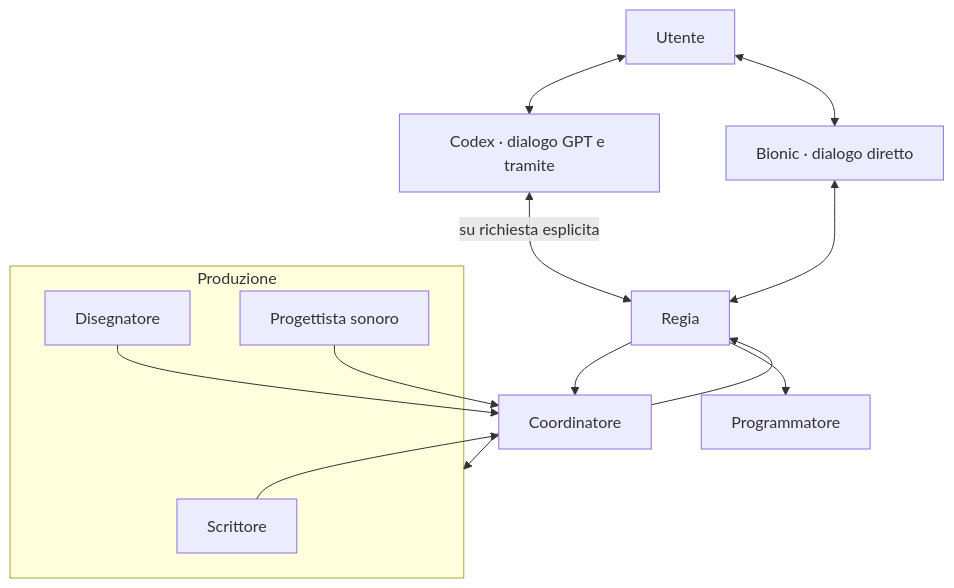
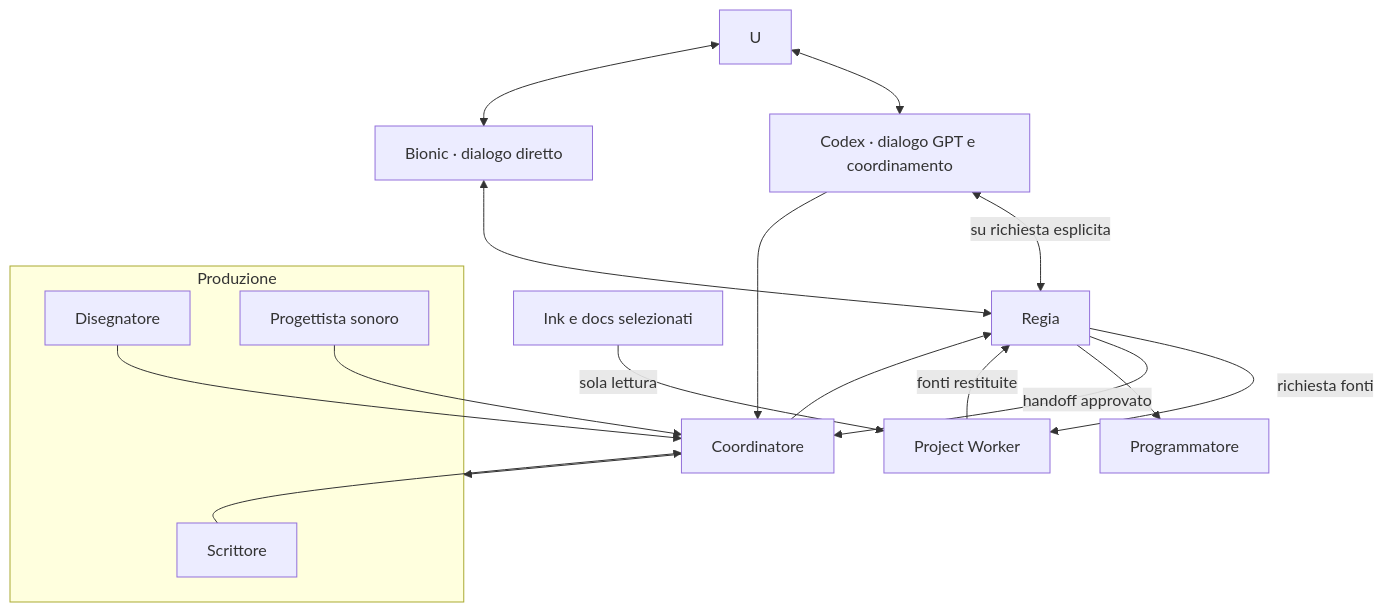
One commit to DRincs-Productions/LM-Studio changed the first of 10 diagrams in README.md. Above: the diagram before and after it, drawn with Mermaid. The commit also changed other lines of this file and 10 other files, not shown here.

````diff
--- a/README.md
+++ b/README.md
@@ -15,19 +15,23 @@
 ```mermaid
 flowchart TD
-    U[Utente] <--> X[Codex · dialogo GPT e tramite]
+    U <--> X[Codex · dialogo GPT e coordinamento]
     U <--> B[Bionic · dialogo diretto]
     X <-->|su richiesta esplicita| R[Regia]
     B <--> R
-    R --> C[Coordinatore]
+    R -->|richiesta fonti| PW[Project Worker]
+    F[Ink e docs selezionati] -->|sola lettura| PW
+    PW -->|fonti restituite| R
+    X --> C[Coordinatore]
+    R -->|handoff approvato| C
     C --> PRODUZIONE
     subgraph PRODUZIONE[Produzione]
         W[Scrittore]
         D[Disegnatore]
         S[Progettista sonoro]
     end
     W --> C
     D --> C
     S --> C
     C --> R
     R --> P[Programmatore]
 ```
````
